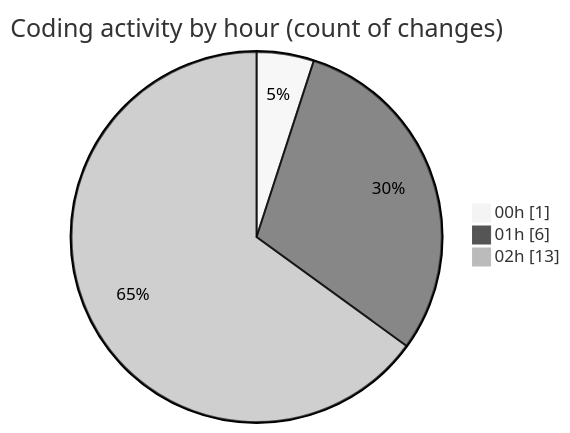
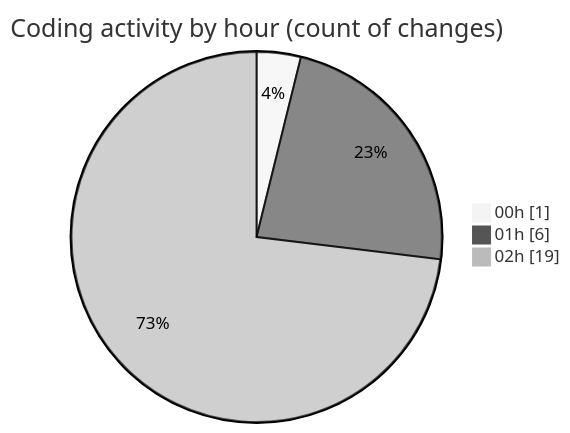
The second of 2 diagrams in 2025-11-22/eventscop-frontend-guide__workspace_/README.md (julien-gomy/code-tracking), drawn with Mermaid (neutral theme) before and after one commit. The commit also changed other lines of this file and 1 other file, not shown here.

````diff
--- a/2025-11-22/eventscop-frontend-guide__workspace_/README.md
+++ b/2025-11-22/eventscop-frontend-guide__workspace_/README.md
@@ -36,7 +39,7 @@
 ```mermaid
 pie showData
 title Coding activity by hour (count of changes)
 "00h" : 1
 "01h" : 6
-"02h" : 13
+"02h" : 19
 ```
````
